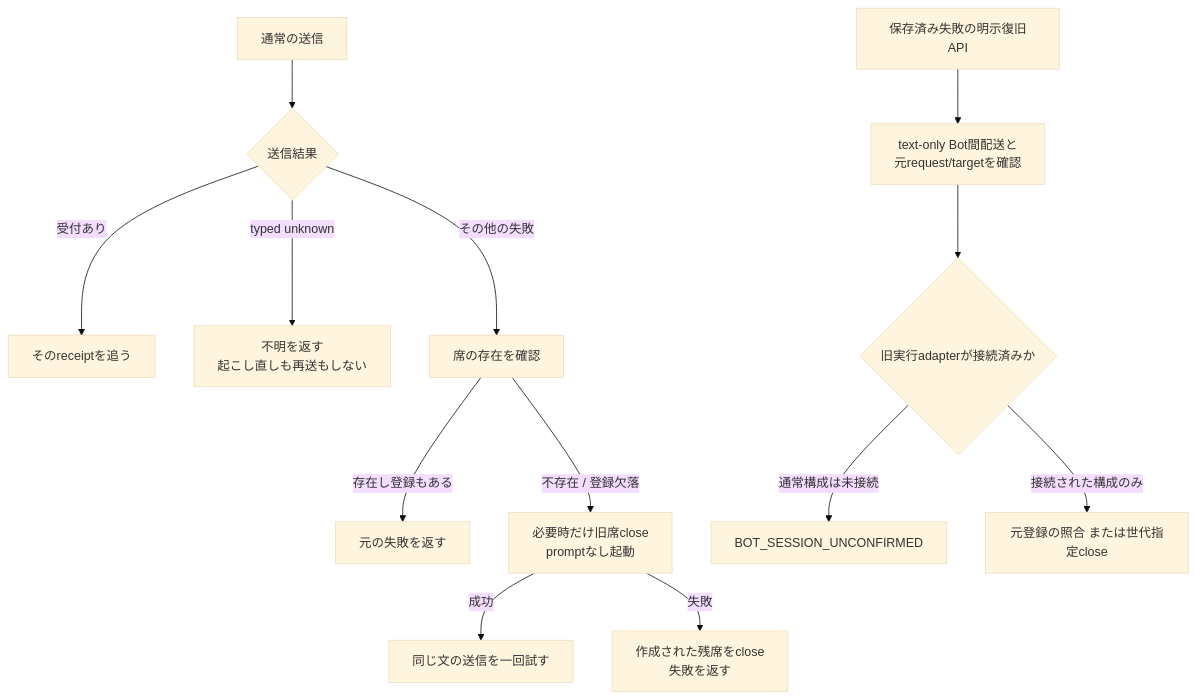
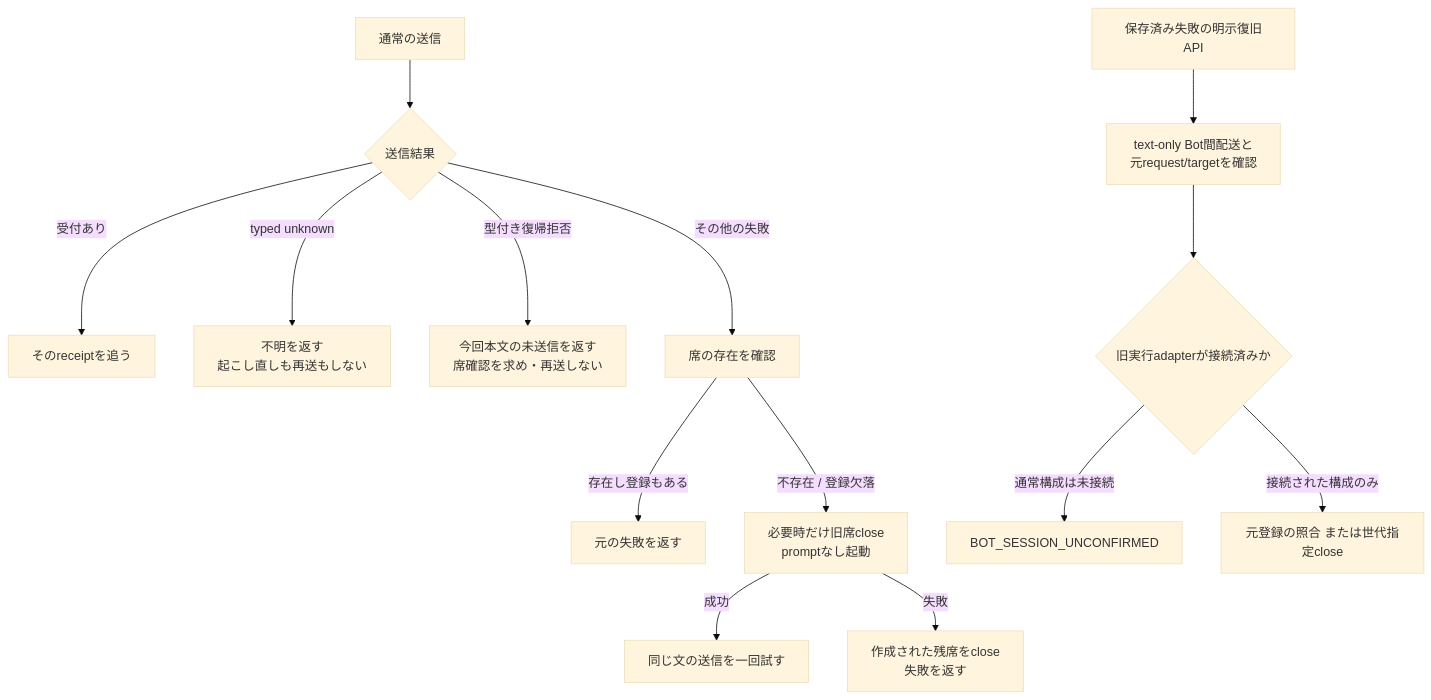
One commit to kitepon/BellTeam changed the third of 4 diagrams in docs/architecture/delivery-details.md. Above: the diagram before and after it, drawn with Mermaid (base theme). The commit also changed other lines of this file and 1 other file, not shown here.

Commit message:
docs: map attachment ownership and typed resume refusal

````diff
--- a/docs/architecture/delivery-details.md
+++ b/docs/architecture/delivery-details.md
@@ -75,15 +75,16 @@
 ```mermaid
 flowchart TD
   Send["通常の送信"] --> Reply{"送信結果"}
   Reply -->|"受付あり"| Accepted["そのreceiptを追う"]
   Reply -->|"typed unknown"| Unknown["不明を返す<br/>起こし直しも再送もしない"]
+  Reply -->|"型付き復帰拒否"| Resume["今回本文の未送信を返す<br/>席確認を求め・再送しない"]
   Reply -->|"その他の失敗"| Running["席の存在を確認"]
   Running -->|"存在し登録もある"| Fail["元の失敗を返す"]
   Running -->|"不存在 / 登録欠落"| Launch["必要時だけ旧席close<br/>promptなし起動"]
   Launch -->|"成功"| Once["同じ文の送信を一回試す"]
   Launch -->|"失敗"| Cleanup["作成された残席をclose<br/>失敗を返す"]
   Explicit["保存済み失敗の明示復旧API"] --> Eligible["text-only Bot間配送と<br/>元request/targetを確認"]
   Eligible --> Adapter{"旧実行adapterが接続済みか"}
   Adapter -->|"通常構成は未接続"| Refuse["BOT_SESSION_UNCONFIRMED"]
   Adapter -->|"接続された構成のみ"| Reconcile["元登録の照合 または世代指定close"]
 ```
````
